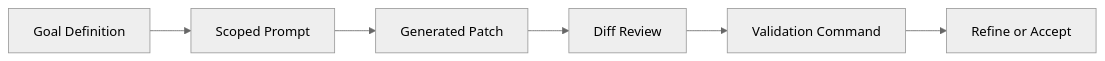
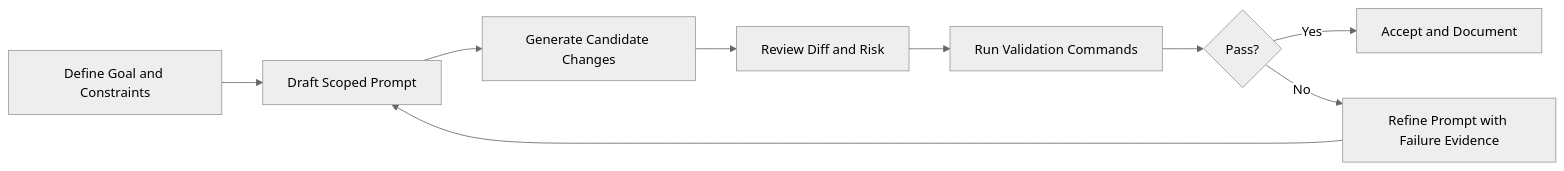
Before and after one commit to johnxie/awesome-code-docs: the diagram in tutorials/bolt-diy-tutorial/04-prompt-to-app-workflow.md, drawn with Mermaid (neutral theme). The commit also changed other lines of this file and 13 other files, not shown here.

````diff
--- a/tutorials/bolt-diy-tutorial/04-prompt-to-app-workflow.md
+++ b/tutorials/bolt-diy-tutorial/04-prompt-to-app-workflow.md
@@ -14,8 +24,11 @@
 ```mermaid
-graph LR
-    A[Goal Definition] --> B[Scoped Prompt]
-    B --> C[Generated Patch]
-    C --> D[Diff Review]
-    D --> E[Validation Command]
-    E --> F[Refine or Accept]
+flowchart LR
+    A[Define Goal and Constraints] --> B[Draft Scoped Prompt]
+    B --> C[Generate Candidate Changes]
+    C --> D[Review Diff and Risk]
+    D --> E[Run Validation Commands]
+    E --> F{Pass?}
+    F -- Yes --> G[Accept and Document]
+    F -- No --> H[Refine Prompt with Failure Evidence]
+    H --> B
 ```
````
